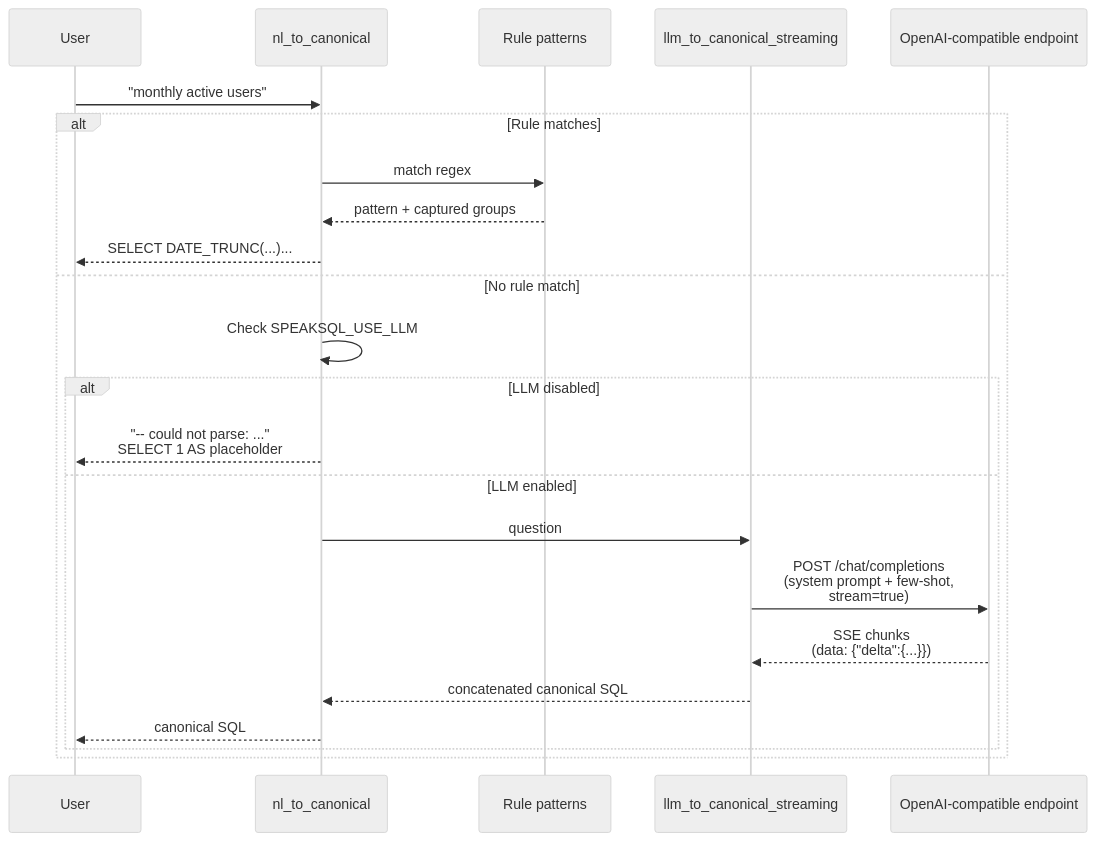
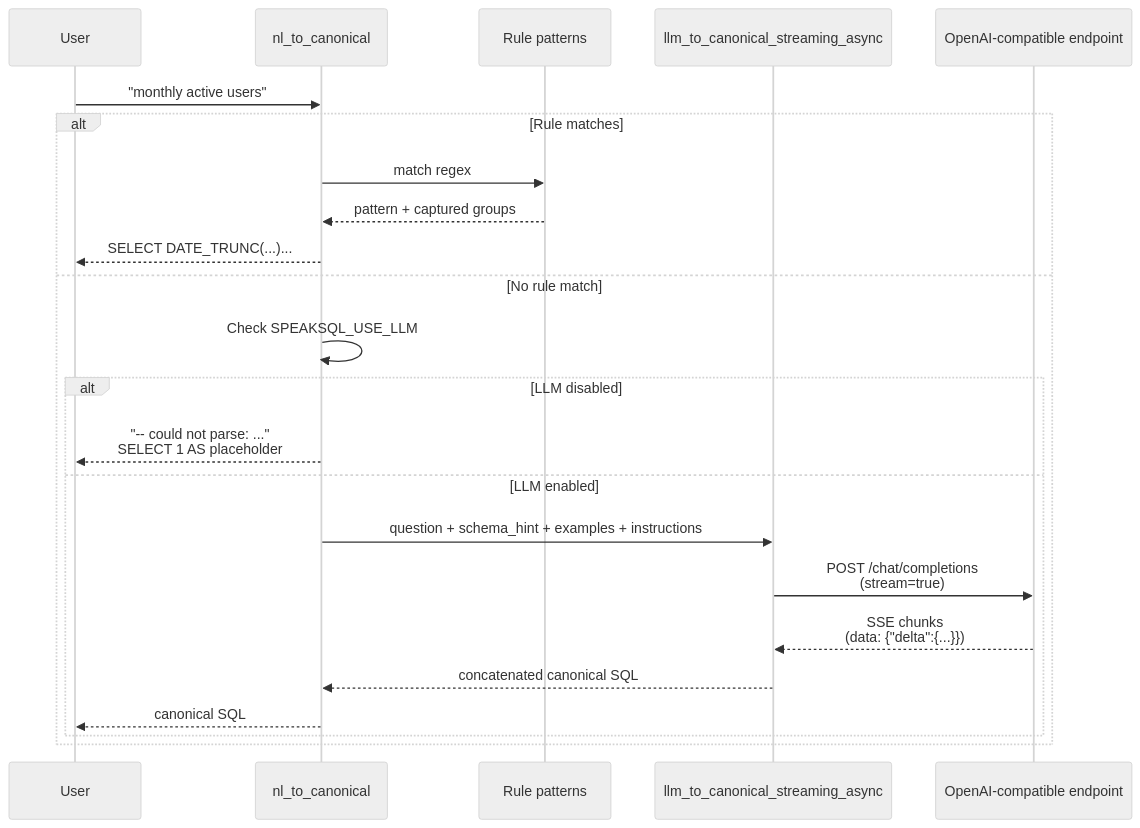
Before and after one commit to rollroyces/speaksql: the third of 7 diagrams in README.md, drawn with Mermaid (neutral theme). The commit also changed other lines of this file, not shown here.

First line of the commit message:
docs: rewrite README — clearer structure, embedded JOIN graph SVG, all Mermaid diagrams inline

````diff
--- a/README.md
+++ b/README.md
@@ -406,26 +356,26 @@
 ```mermaid
 sequenceDiagram
     participant User
     participant NL as nl_to_canonical
     participant Rules as Rule patterns
-    participant LLM as llm_to_canonical_streaming
+    participant LLM as llm_to_canonical_streaming_async
     participant Provider as OpenAI-compatible endpoint
 
     User->>NL: "monthly active users"
     alt Rule matches
         NL->>Rules: match regex
         Rules-->>NL: pattern + captured groups
         NL-->>User: SELECT DATE_TRUNC(...)...
     else No rule match
         NL->>NL: Check SPEAKSQL_USE_LLM
         alt LLM disabled
             NL-->>User: "-- could not parse: ..."<br/>SELECT 1 AS placeholder
         else LLM enabled
-            NL->>LLM: question
-            LLM->>Provider: POST /chat/completions<br/>(system prompt + few-shot,<br/>stream=true)
+            NL->>LLM: question + schema_hint + examples + instructions
+            LLM->>Provider: POST /chat/completions<br/>(stream=true)
             Provider-->>LLM: SSE chunks<br/>(data: {"delta":{...}})
             LLM-->>NL: concatenated canonical SQL
             NL-->>User: canonical SQL
         end
     end
 ```
````
